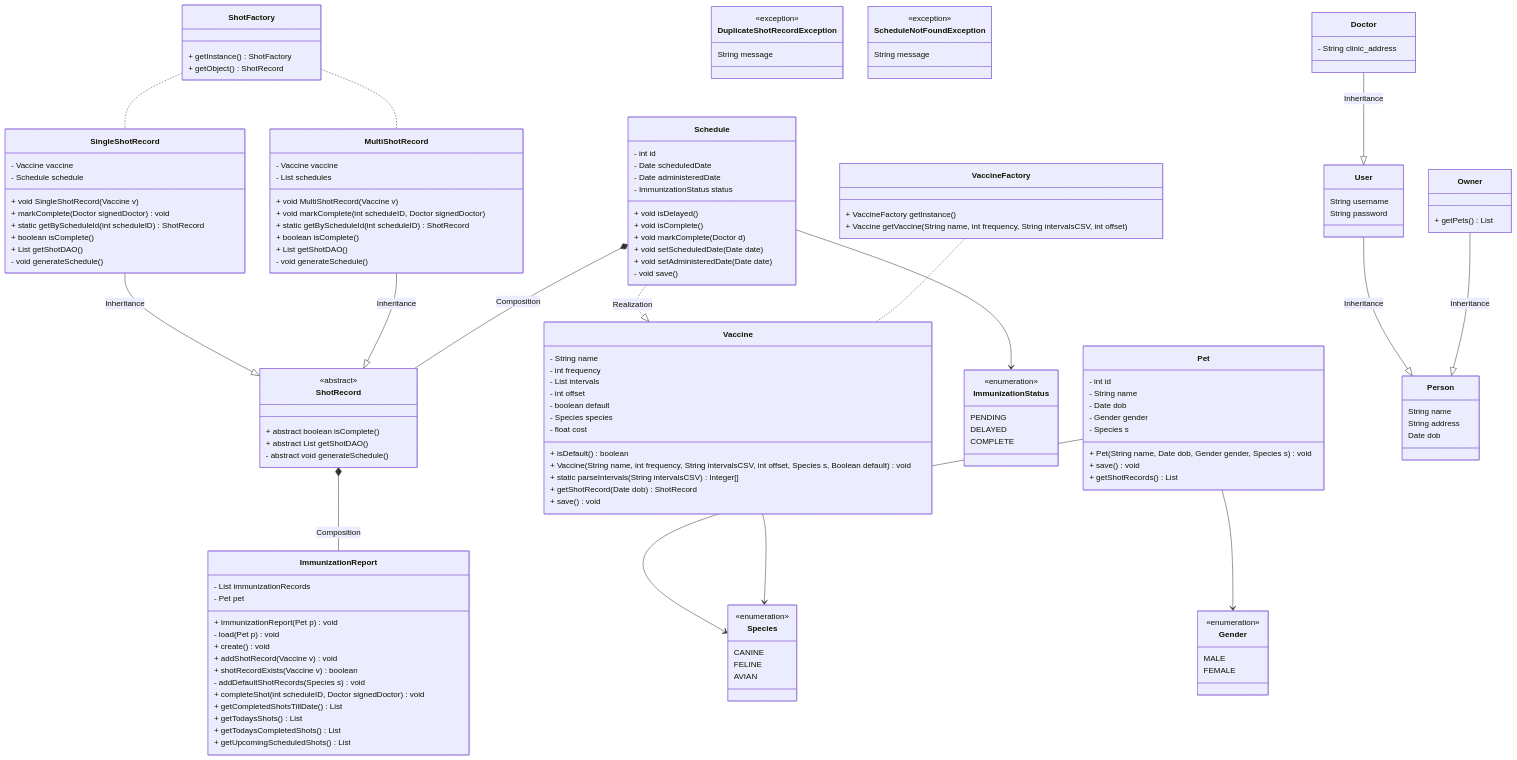
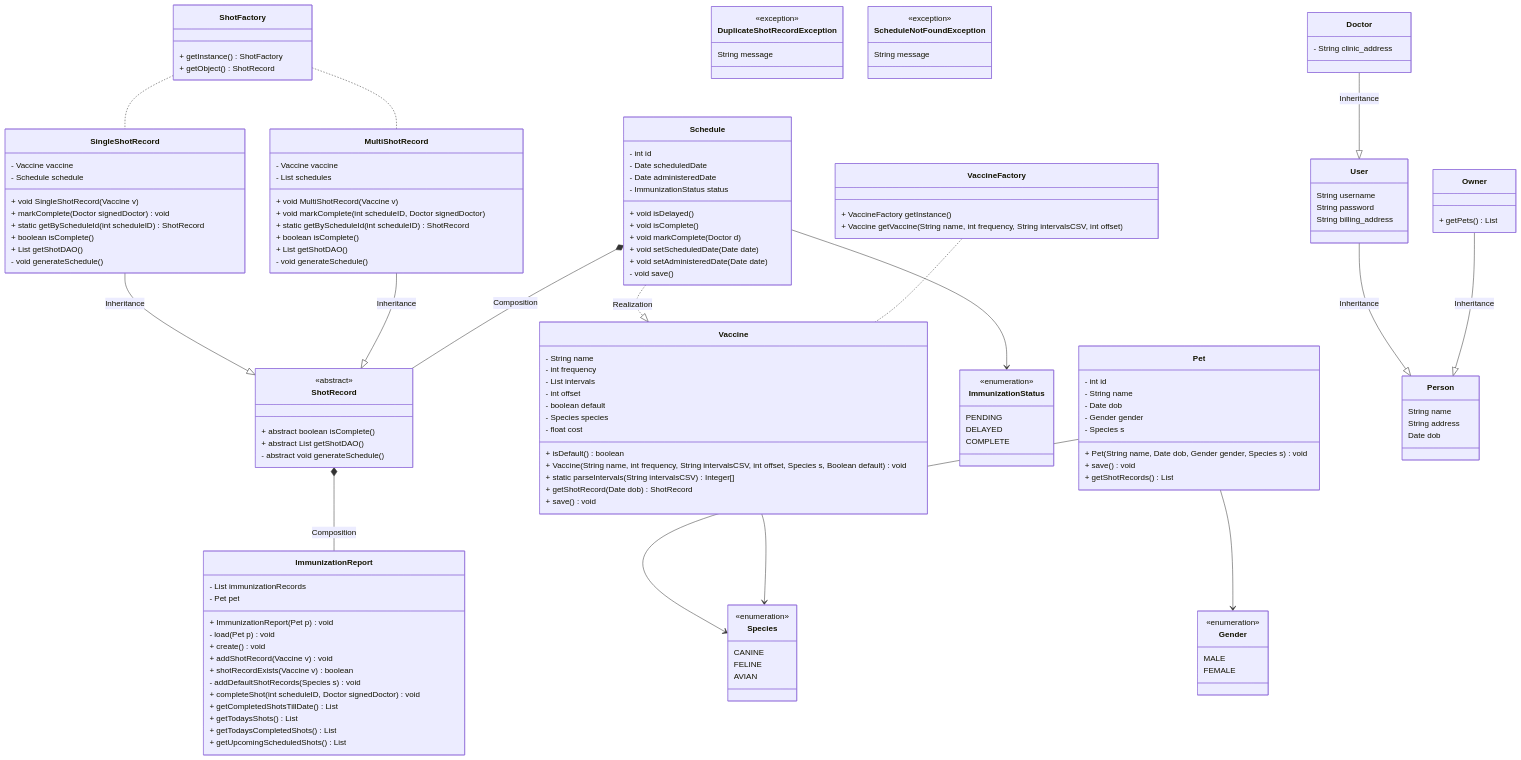
The first of 3 diagrams in README.md (glanzz/ImmunET), drawn with Mermaid before and after one commit.

Commit message:
Add billing address

```diff
--- a/README.md
+++ b/README.md
@@ -130,6 +130,7 @@
     class User {
       String username
       String password
+      String billing_address
     }
 
     class Person {
```
